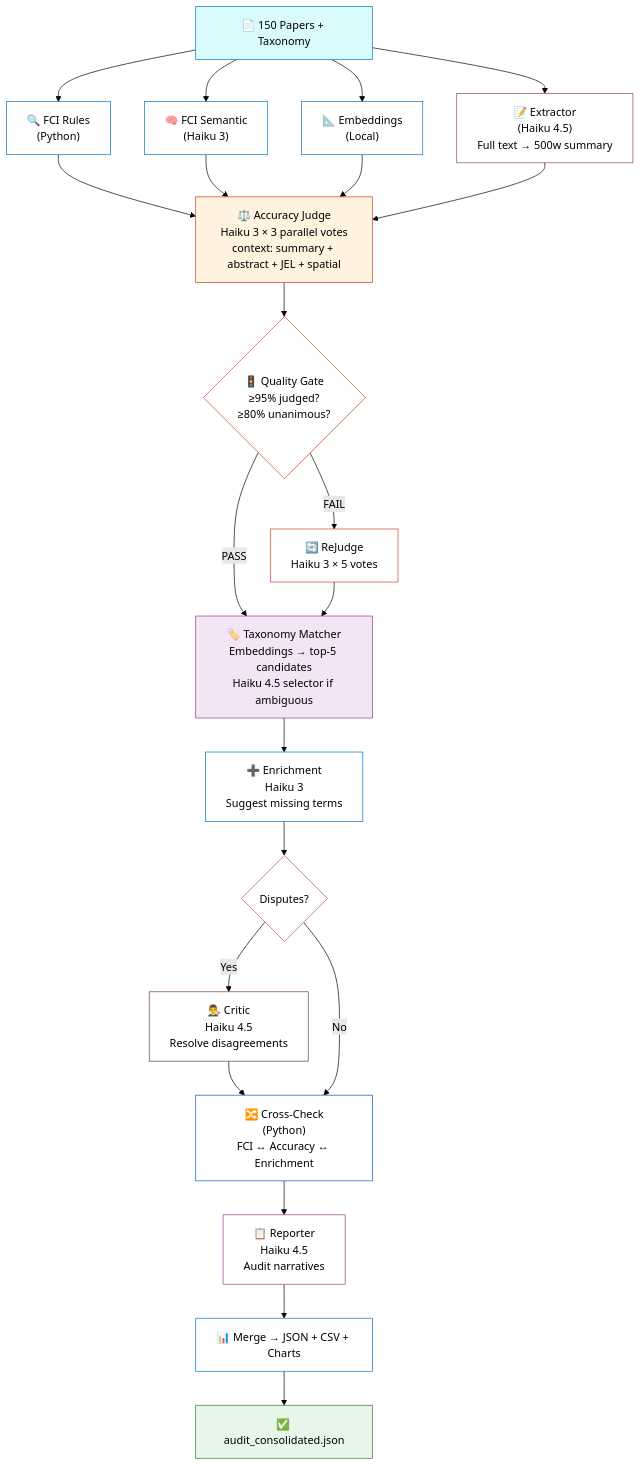
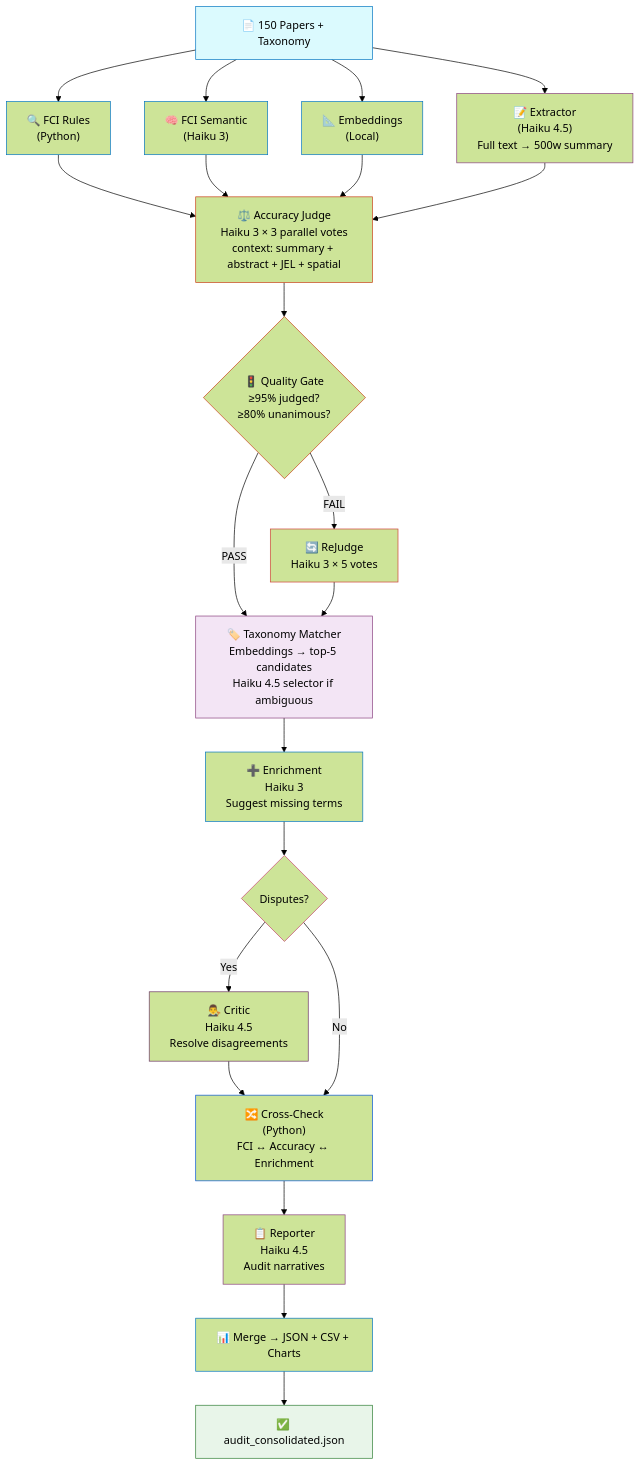
The diagram in README.md (snavasg/Colombian-Air-Market-Project), drawn with Mermaid (forest theme) before and after one commit.

Commit message:
Update README.md
#A44276

````diff
--- a/README.md
+++ b/README.md
@@ -17,49 +17,49 @@
 ```mermaid
 flowchart TD
     START["📄 150 Papers + Taxonomy"]
     
     FCI["🔍 FCI Rules\n(Python)"]
     SEM["🧠 FCI Semantic\n(Haiku 3)"]
     EMB["📐 Embeddings\n(Local)"]
     EXT["📝 Extractor\n(Haiku 4.5)\nFull text → 500w summary"]
 
     ACC["⚖️ Accuracy Judge\nHaiku 3 × 3 parallel votes\ncontext: summary + abstract + JEL + spatial"]
     QG{"🚦 Quality Gate\n≥95% judged?\n≥80% unanimous?"}
     REJ["🔄 ReJudge\nHaiku 3 × 5 votes"]
     TAX["🏷️ Taxonomy Matcher\nEmbeddings → top-5 candidates\nHaiku 4.5 selector if ambiguous"]
     ENR["➕ Enrichment\nHaiku 3\nSuggest missing terms"]
     CRIT{"Disputes?"}
     CR["👨‍⚖️ Critic\nHaiku 4.5\nResolve disagreements"]
     XC["🔀 Cross-Check\n(Python)\nFCI ↔ Accuracy ↔ Enrichment"]
     REP["📋 Reporter\nHaiku 4.5\nAudit narratives"]
     OUT["📊 Merge → JSON + CSV + Charts"]
     FIN["✅ audit_consolidated.json"]
 
     START --> FCI & SEM & EMB & EXT
     FCI & SEM & EMB & EXT --> ACC
     ACC --> QG
     QG -->|PASS| TAX
     QG -->|FAIL| REJ --> TAX
     TAX --> ENR
     ENR --> CRIT
     CRIT -->|Yes| CR --> XC
     CRIT -->|No| XC
     XC --> REP --> OUT --> FIN
 
     style START fill:#DBFAFE,stroke:#0075C1,color:#000
-    style FCI fill:#fff,stroke:#0075C1
-    style SEM fill:#fff,stroke:#0075C1
-    style EMB fill:#fff,stroke:#0075C1
-    style EXT fill:#fff,stroke:#89407E
-    style ACC fill:#fff3e0,stroke:#C93F16
-    style QG fill:#fff,stroke:#C93F16
-    style REJ fill:#fff,stroke:#CE4137
+    style FCI #A44276,stroke:#0075C1
+    style SEM #A44276,stroke:#0075C1
+    style EMB #A44276,stroke:#0075C1
+    style EXT #A44276,stroke:#89407E
+    style ACC #A442763e0,stroke:#C93F16
+    style QG #A44276,stroke:#C93F16
+    style REJ #A44276,stroke:#CE4137
     style TAX fill:#f3e5f5,stroke:#89407E
-    style ENR fill:#fff,stroke:#0075C1
-    style CRIT fill:#fff,stroke:#C4426A
-    style CR fill:#fff,stroke:#6A3365
-    style XC fill:#fff,stroke:#0052D6
-    style REP fill:#fff,stroke:#89407E
-    style OUT fill:#fff,stroke:#0075C1
+    style ENR #A44276,stroke:#0075C1
+    style CRIT #A44276,stroke:#C4426A
+    style CR #A44276,stroke:#6A3365
+    style XC #A44276,stroke:#0052D6
+    style REP #A44276,stroke:#89407E
+    style OUT #A44276,stroke:#0075C1
     style FIN fill:#e8f5e9,stroke:#2e7d32,color:#000
 ```
````
